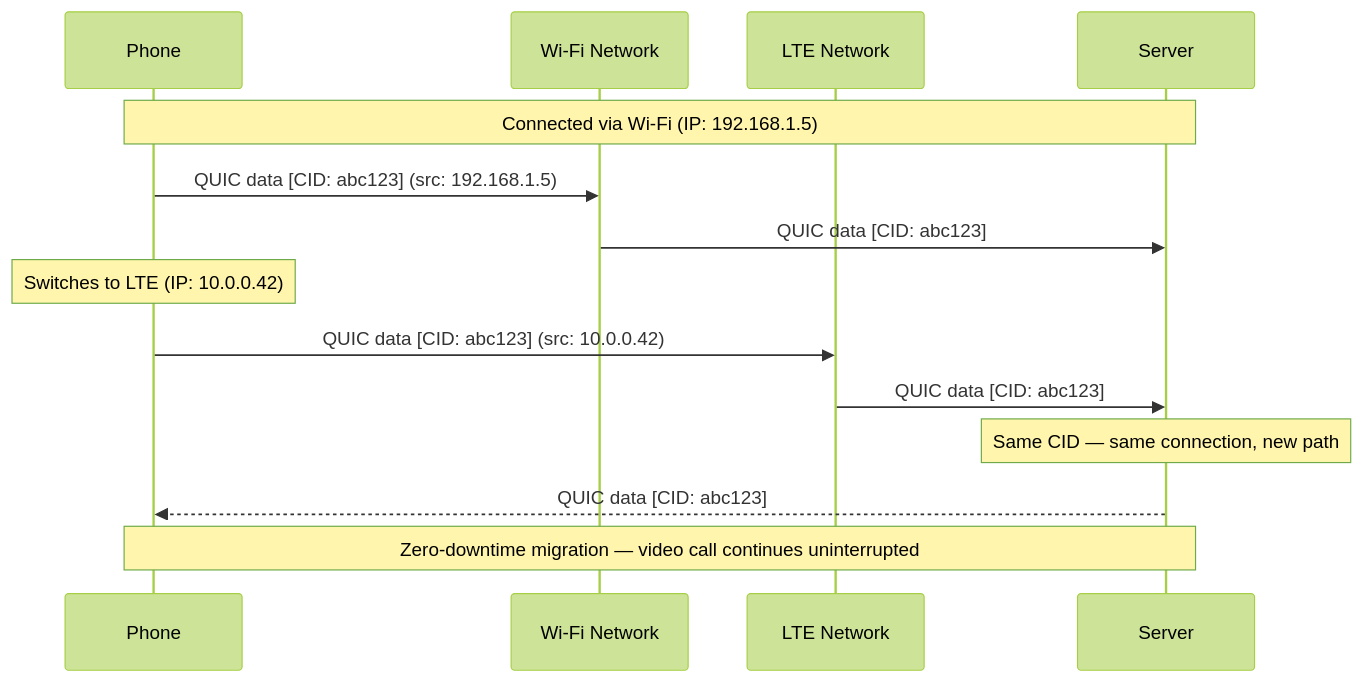
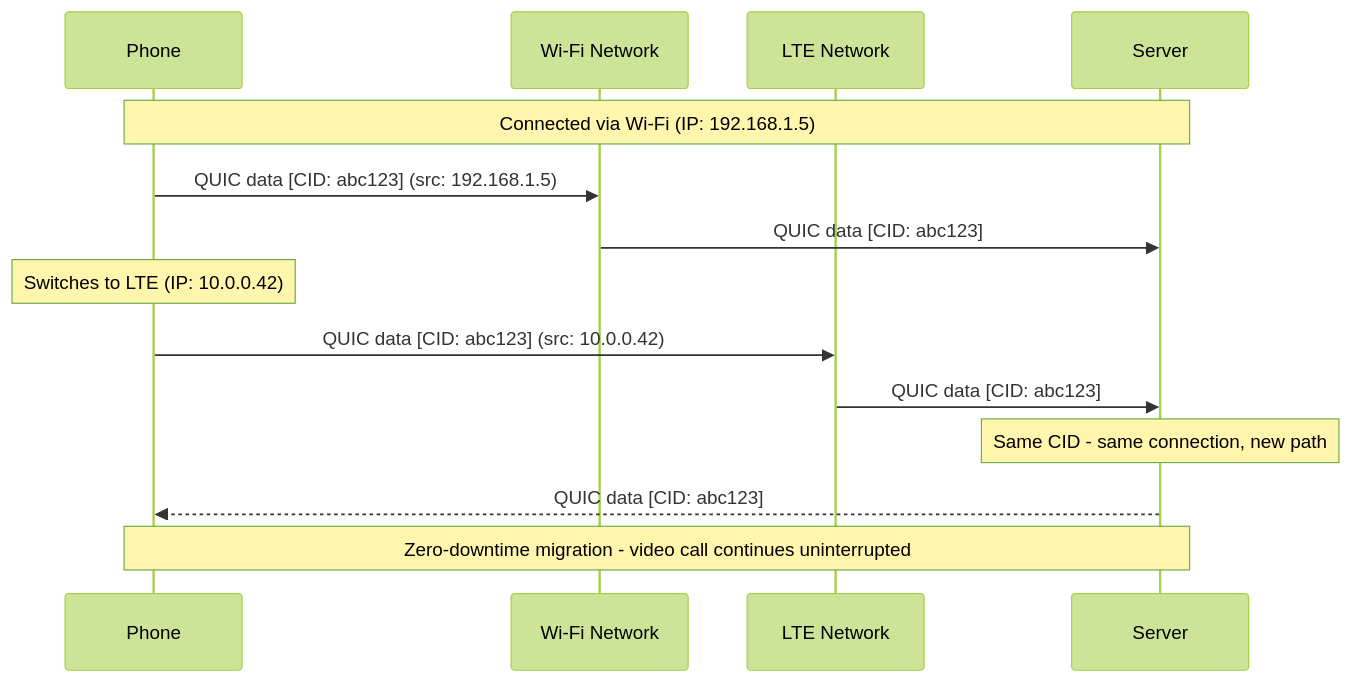
Before and after one commit to b-balakrishna/system-design: the eighth of 8 diagrams in phase-2-foundations/topic-3-http2-and-http3-quic.md, drawn with Mermaid (forest theme). The commit also changed other lines of this file and 165 other files, not shown here.

Commit message:
feat: add comprehensive system design documentation covering foundations, backend, frontend, distributed systems, and AI/ML architectures

````diff
--- a/phase-2-foundations/topic-3-http2-and-http3-quic.md
+++ b/phase-2-foundations/topic-3-http2-and-http3-quic.md
@@ -266,17 +266,17 @@
 ```mermaid
 sequenceDiagram
     participant C as Phone
     participant W as Wi-Fi Network
     participant LTE as LTE Network
     participant S as Server
 
     Note over C,S: Connected via Wi-Fi (IP: 192.168.1.5)
     C->>W: QUIC data [CID: abc123] (src: 192.168.1.5)
     W->>S: QUIC data [CID: abc123]
     Note over C: Switches to LTE (IP: 10.0.0.42)
     C->>LTE: QUIC data [CID: abc123] (src: 10.0.0.42)
     LTE->>S: QUIC data [CID: abc123]
-    Note over S: Same CID — same connection, new path
+    Note over S: Same CID  -  same connection, new path
     S-->>C: QUIC data [CID: abc123]
-    Note over C,S: Zero-downtime migration — video call continues uninterrupted
+    Note over C,S: Zero-downtime migration  -  video call continues uninterrupted
 ```
````
